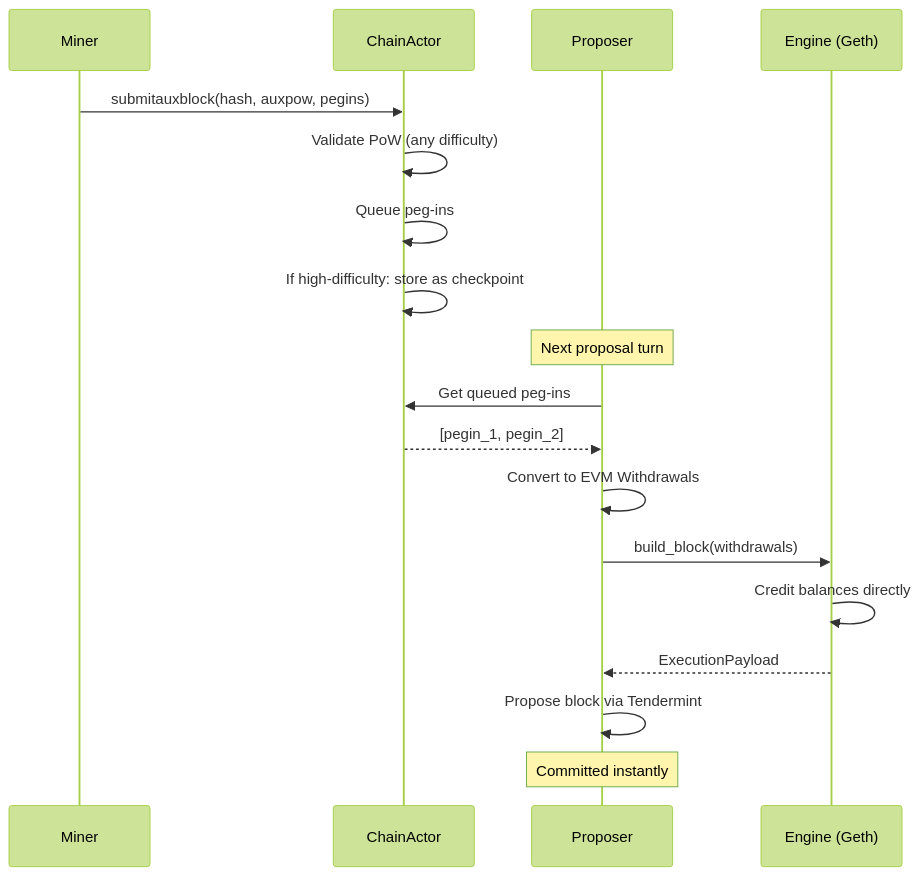
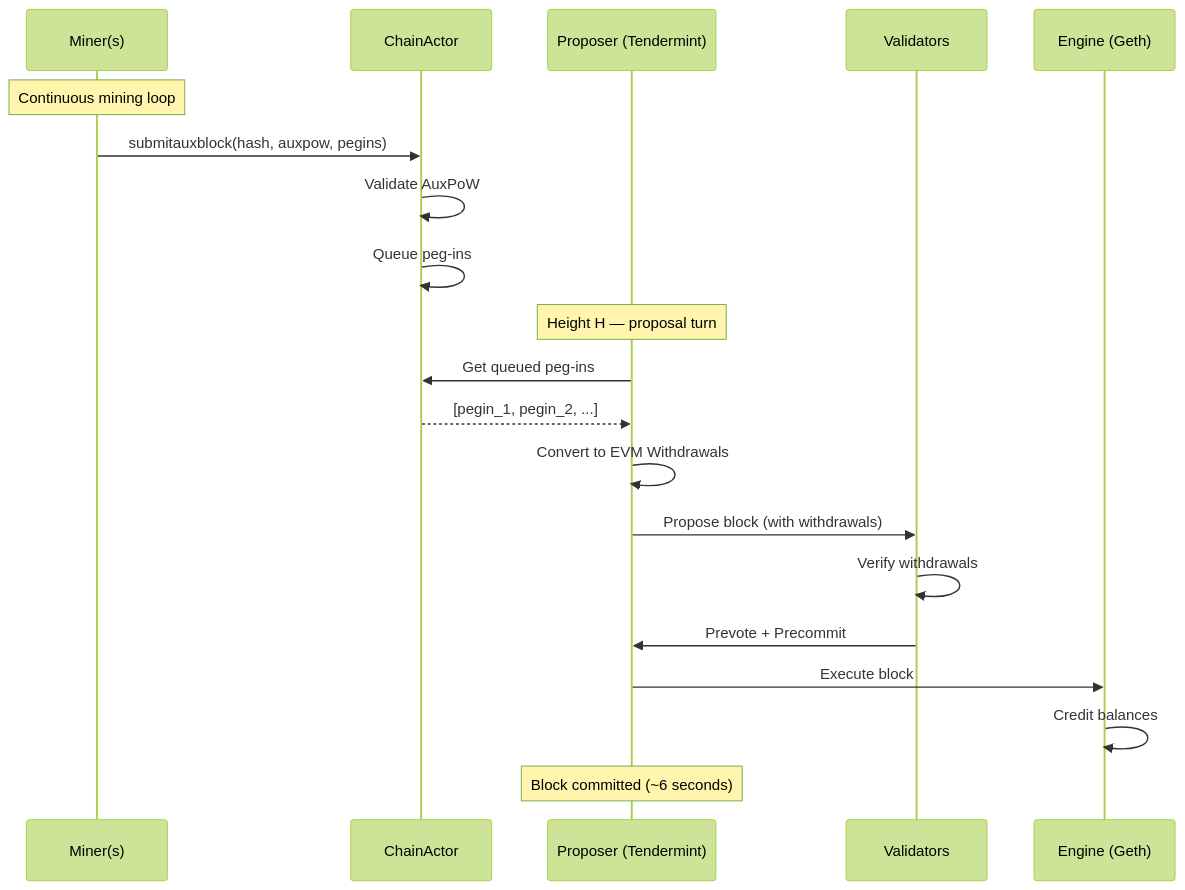
One commit to AnduroProject/alys changed the diagram in docs/v2_alpha/tendermint_implementation/16_AUXPOW_TENDERMINT_INTEGRATION.md. Above: the diagram before and after it, drawn with Mermaid (forest theme). The commit also changed other lines of this file and 5 other files, not shown here.

First line of the commit message:
feat(docs): update Tendermint implementation for simplified AuxPoW model

````diff
--- a/docs/v2_alpha/tendermint_implementation/16_AUXPOW_TENDERMINT_INTEGRATION.md
+++ b/docs/v2_alpha/tendermint_implementation/16_AUXPOW_TENDERMINT_INTEGRATION.md
@@ -883,24 +307,27 @@
 ```mermaid
 sequenceDiagram
-    participant M as Miner
+    participant M as Miner(s)
     participant C as ChainActor
-    participant P as Proposer
+    participant P as Proposer (Tendermint)
+    participant V as Validators
     participant E as Engine (Geth)
 
+    Note over M: Continuous mining loop
+
     M->>C: submitauxblock(hash, auxpow, pegins)
-    C->>C: Validate PoW (any difficulty)
+    C->>C: Validate AuxPoW
     C->>C: Queue peg-ins
-    C->>C: If high-difficulty: store as checkpoint
 
-    Note over P: Next proposal turn
+    Note over P: Height H — proposal turn
 
     P->>C: Get queued peg-ins
-    C-->>P: [pegin_1, pegin_2]
+    C-->>P: [pegin_1, pegin_2, ...]
     P->>P: Convert to EVM Withdrawals
-    P->>E: build_block(withdrawals)
-    E->>E: Credit balances directly
-    E-->>P: ExecutionPayload
+    P->>V: Propose block (with withdrawals)
+    V->>V: Verify withdrawals
+    V->>P: Prevote + Precommit
+    P->>E: Execute block
+    E->>E: Credit balances
 
-    P->>P: Propose block via Tendermint
-    Note over P: Committed instantly
+    Note over P: Block committed (~6 seconds)
 ```
````
